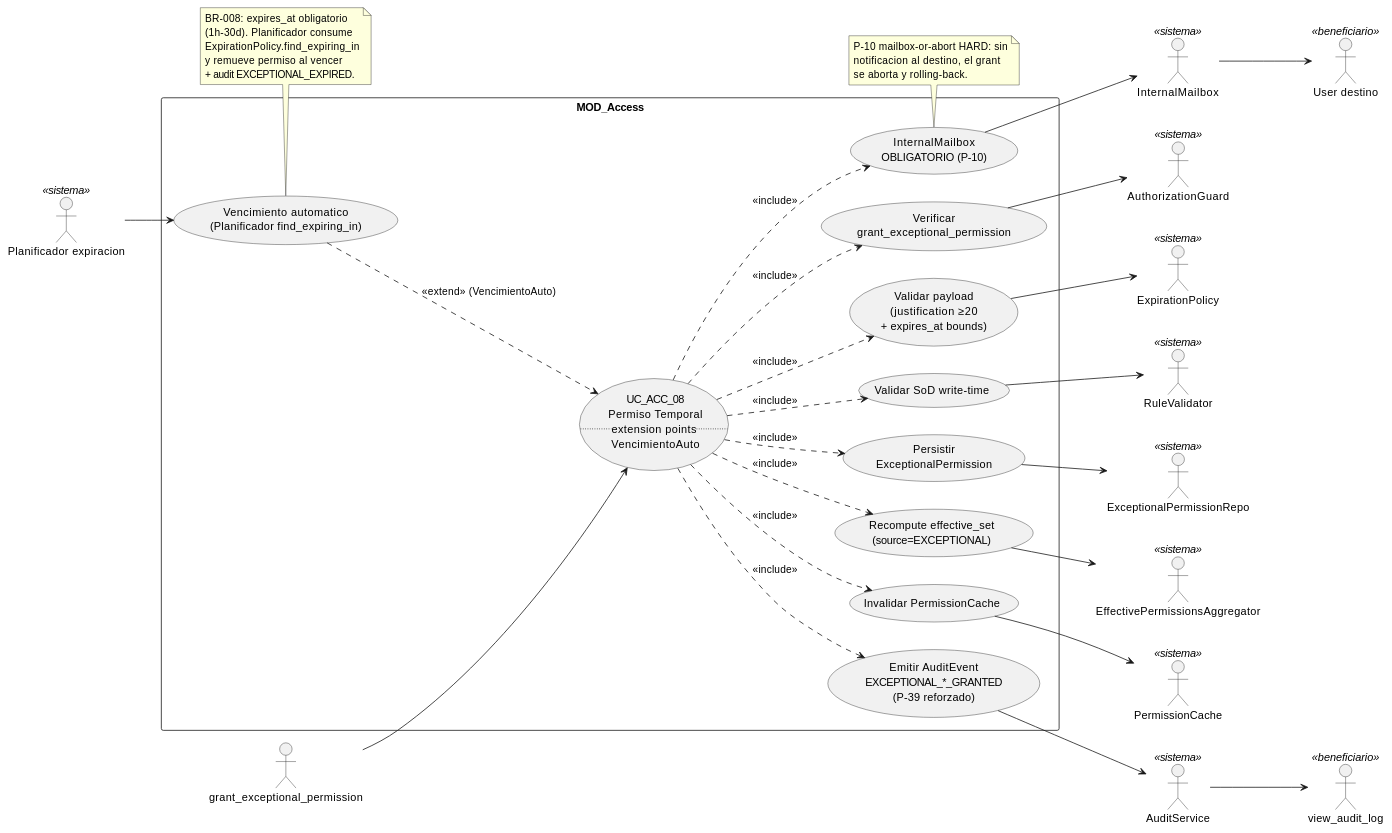
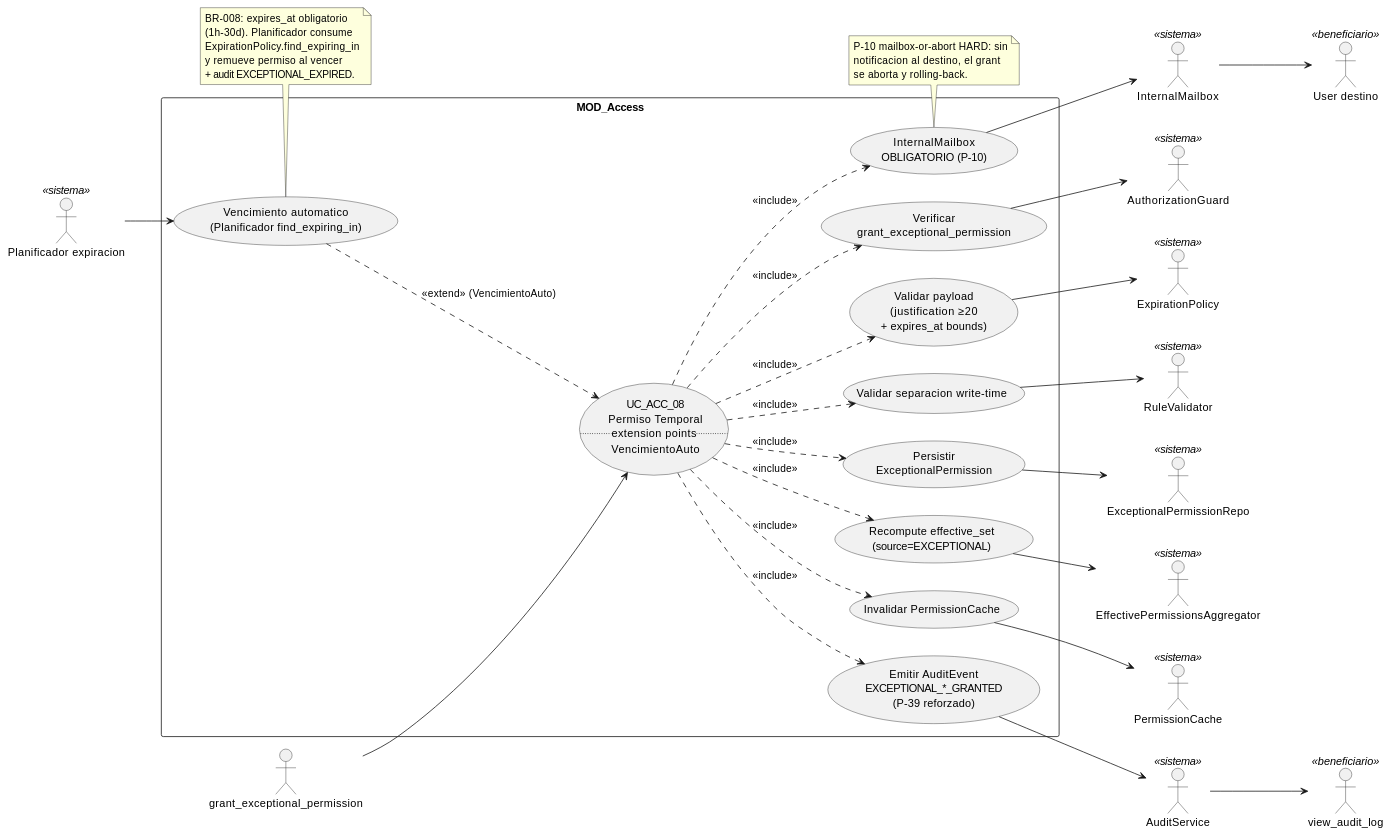
One commit to jcg-admin/IACT-docs changed the diagram in source/arquitectura-tecnica/use-case-view/access/uc-acc-08-permiso-temporal.rst. Above: the diagram before and after it, drawn with PlantUML. The commit also changed other lines of this file, not shown here.

Commit message:
Replace SOD identifiers and narrative in uc-acc-08
T-003: Cat-1 + Cat-2 + Cat-3.

Refs: T-003, executor directive 'no Sod'

```diff
--- a/source/arquitectura-tecnica/use-case-view/access/uc-acc-08-permiso-temporal.rst
+++ b/source/arquitectura-tecnica/use-case-view/access/uc-acc-08-permiso-temporal.rst
@@ -25,72 +25,72 @@
 .. uml::
  :caption: UC_ACC_08 — actores y casos asociados.
 
  @startuml
 
  left to right direction
 
  actor "grant_exceptional_permission" as grant_exceptional_permission
  actor "User destino" as User_destino <<beneficiario>>
  actor "view_audit_log" as view_audit_log <<beneficiario>>
  actor "Planificador expiracion" as Planificador_expiracion <<sistema>>
  actor "AuthorizationGuard" as AuthorizationGuard <<sistema>>
  actor "ExceptionalPermissionRepo" as ExceptionalPermissionRepo <<sistema>>
  actor "ExpirationPolicy" as ExpirationPolicy <<sistema>>
  actor "RuleValidator" as RuleValidator <<sistema>>
  actor "EffectivePermissionsAggregator" as EffectivePermissionsAggregator <<sistema>>
  actor "PermissionCache" as PermissionCache <<sistema>>
  actor "InternalMailbox" as InternalMailbox <<sistema>>
  actor "AuditService" as AuditService <<sistema>>
 
  rectangle "MOD_Access" {
    usecase "UC_ACC_08\nPermiso Temporal\n.. extension points ..\nVencimientoAuto" as UC_ACC_08
    usecase "Verificar\ngrant_exceptional_permission" as VERIFICAR_AGR
    usecase "Validar payload\n(justification ≥20\n+ expires_at bounds)" as VALIDAR_PAYLOAD
-   usecase "Validar SoD write-time" as VALIDAR_SOD
+   usecase "Validar separacion write-time" as VALIDAR_SEPARATION_RULES
    usecase "Persistir\nExceptionalPermission" as PERSISTIR
    usecase "Recompute effective_set\n(source=EXCEPTIONAL)" as RECALC
    usecase "InternalMailbox\nOBLIGATORIO (P-10)" as MAILBOX
    usecase "Invalidar PermissionCache" as INVALIDAR
    usecase "Emitir AuditEvent\nEXCEPTIONAL_*_GRANTED\n(P-39 reforzado)" as AUDITAR
    usecase "Vencimiento automatico\n(Planificador find_expiring_in)" as EXPIRY
  }
 
  grant_exceptional_permission --> UC_ACC_08
 
  UC_ACC_08 ..> VERIFICAR_AGR : <<include>>
  UC_ACC_08 ..> VALIDAR_PAYLOAD : <<include>>
- UC_ACC_08 ..> VALIDAR_SOD : <<include>>
+ UC_ACC_08 ..> VALIDAR_SEPARATION_RULES : <<include>>
  UC_ACC_08 ..> PERSISTIR : <<include>>
  UC_ACC_08 ..> RECALC : <<include>>
  UC_ACC_08 ..> MAILBOX : <<include>>
  UC_ACC_08 ..> INVALIDAR : <<include>>
  UC_ACC_08 ..> AUDITAR : <<include>>
  EXPIRY ..> UC_ACC_08 : <<extend>> (VencimientoAuto)
 
  VERIFICAR_AGR --> AuthorizationGuard
  VALIDAR_PAYLOAD --> ExpirationPolicy
- VALIDAR_SOD --> RuleValidator
+ VALIDAR_SEPARATION_RULES --> RuleValidator
  PERSISTIR --> ExceptionalPermissionRepo
  RECALC --> EffectivePermissionsAggregator
  INVALIDAR --> PermissionCache
  MAILBOX --> InternalMailbox
  InternalMailbox --> User_destino
  AUDITAR --> AuditService
  AuditService --> view_audit_log
  Planificador_expiracion --> EXPIRY
 
  note bottom of MAILBOX
    P-10 mailbox-or-abort HARD: sin
    notificacion al destino, el grant
    se aborta y rolling-back.
  end note
 
  note bottom of EXPIRY
    BR-008: expires_at obligatorio
    (1h-30d). Planificador consume
    ExpirationPolicy.find_expiring_in
    y remueve permiso al vencer
    + audit EXCEPTIONAL_EXPIRED.
  end note
 
  @enduml
```
